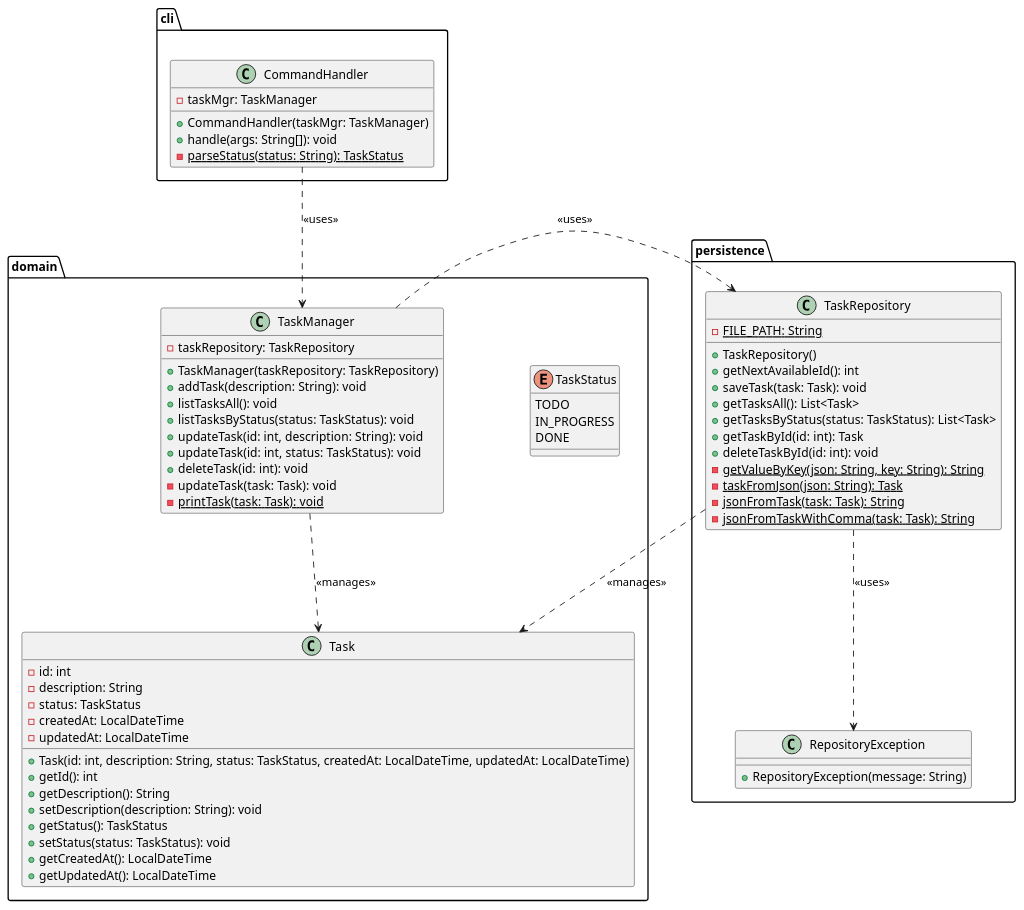
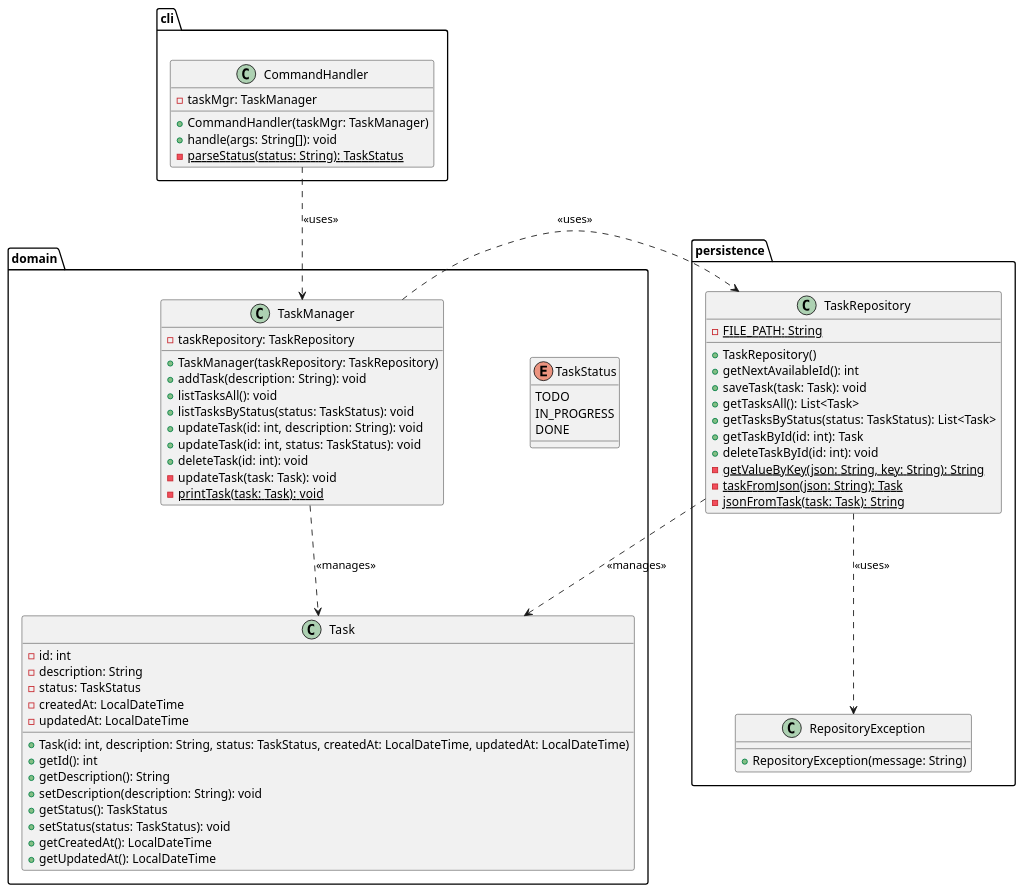
Before and after one commit to mmistika/task-cli: the diagram in uml/uml.puml, drawn with PlantUML. The commit also changed 1 other file, not shown here.

Commit message:
docs: update UML to reflect JSON serialization changes

```diff
--- a/uml/uml.puml
+++ b/uml/uml.puml
@@ -1,79 +1,78 @@
 @startuml
 
 skinparam ranksep 100
 skinparam nodesep 100
 
 package "cli" {
     class CommandHandler {
         - taskMgr: TaskManager
         + CommandHandler(taskMgr: TaskManager)
         + handle(args: String[]): void
         - {static} parseStatus(status: String): TaskStatus
     }
 }
 
 package "domain" {
     enum TaskStatus {
         TODO
         IN_PROGRESS
         DONE
     }
 
     class Task {
         - id: int
         - description: String
         - status: TaskStatus
         - createdAt: LocalDateTime
         - updatedAt: LocalDateTime
         + Task(id: int, description: String, status: TaskStatus, createdAt: LocalDateTime, updatedAt: LocalDateTime)
         + getId(): int
         + getDescription(): String
         + setDescription(description: String): void
         + getStatus(): TaskStatus
         + setStatus(status: TaskStatus): void
         + getCreatedAt(): LocalDateTime
         + getUpdatedAt(): LocalDateTime
     }
 
     class TaskManager {
         - taskRepository: TaskRepository
         + TaskManager(taskRepository: TaskRepository)
         + addTask(description: String): void
         + listTasksAll(): void
         + listTasksByStatus(status: TaskStatus): void
         + updateTask(id: int, description: String): void
         + updateTask(id: int, status: TaskStatus): void
         + deleteTask(id: int): void
         - updateTask(task: Task): void
         - {static} printTask(task: Task): void
     }
 }
 
 package "persistence" {
     class TaskRepository {
         - {static} FILE_PATH: String
         + TaskRepository()
         + getNextAvailableId(): int
         + saveTask(task: Task): void
         + getTasksAll(): List<Task>
         + getTasksByStatus(status: TaskStatus): List<Task>
         + getTaskById(id: int): Task
         + deleteTaskById(id: int): void
         - {static} getValueByKey(json: String, key: String): String
         - {static} taskFromJson(json: String): Task
         - {static} jsonFromTask(task: Task): String
-        - {static} jsonFromTaskWithComma(task: Task): String
     }
 
     class RepositoryException {
         + RepositoryException(message: String)
     }
 }
 
 CommandHandler ..> TaskManager : <<uses>>
 TaskManager ..> Task : <<manages>>
 TaskManager ..> TaskRepository : <<uses>>
 TaskRepository ..> Task : <<manages>>
 TaskRepository ..> RepositoryException: <<uses>>
 
 @enduml
```
